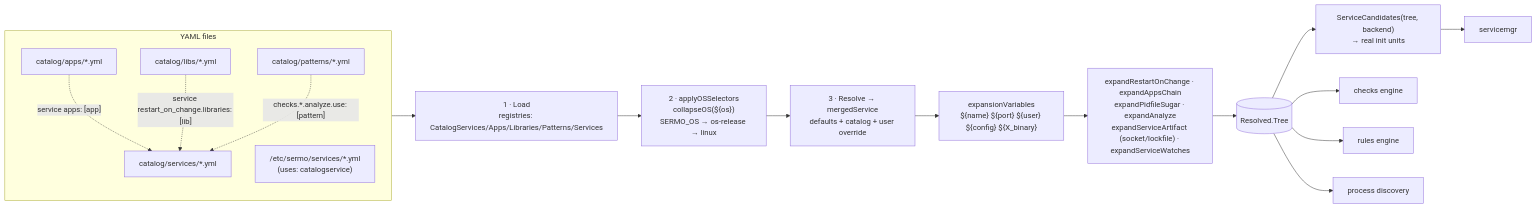
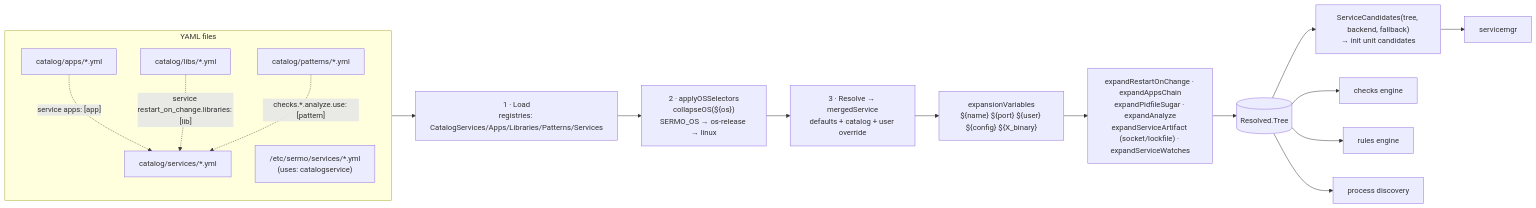
Before and after one commit to inode64/Sermo: the second of 6 diagrams in docs/architecture.md, drawn with Mermaid. The commit also changed other lines of this file and 9 other files, not shown here.

````diff
--- a/docs/architecture.md
+++ b/docs/architecture.md
@@ -93,27 +94,27 @@
 ```mermaid
 flowchart LR
   subgraph files["YAML files"]
     S["catalog/services/*.yml"]
     A["catalog/apps/*.yml"]
     L["catalog/libs/*.yml"]
     P["catalog/patterns/*.yml"]
     U["/etc/sermo/services/*.yml<br/>(uses: catalogservice)"]
   end
 
   files --> LOAD["1 · Load<br/>registries: CatalogServices/Apps/Libraries/Patterns/Services"]
   LOAD --> OSC["2 · applyOSSelectors<br/>collapseOS(${os})<br/>SERMO_OS → os-release → linux"]
   OSC --> MERGE["3 · Resolve → mergedService<br/>defaults + catalog + user override"]
   MERGE --> VARS["expansionVariables<br/>${name} ${port} ${user} ${config} ${X_binary}"]
   VARS --> EXP["expandRestartOnChange · expandAppsChain<br/>expandPidfileSugar · expandAnalyze<br/>expandServiceArtifact (socket/lockfile) · expandServiceWatches"]
   EXP --> TREE[("Resolved.Tree")]
 
-  TREE --> SC["ServiceCandidates(tree, backend)<br/>→ real init units"]
+  TREE --> SC["ServiceCandidates(tree, backend, fallback)<br/>→ init unit candidates"]
   SC --> SMc["servicemgr"]
   TREE --> CHKc["checks engine"]
   TREE --> RULc["rules engine"]
   TREE --> PROCc["process discovery"]
 
   A -. "service apps: [app]" .-> S
   L -. "service restart_on_change.libraries: [lib]" .-> S
   P -. "checks.*.analyze.use: [pattern]" .-> S
 ```
````
